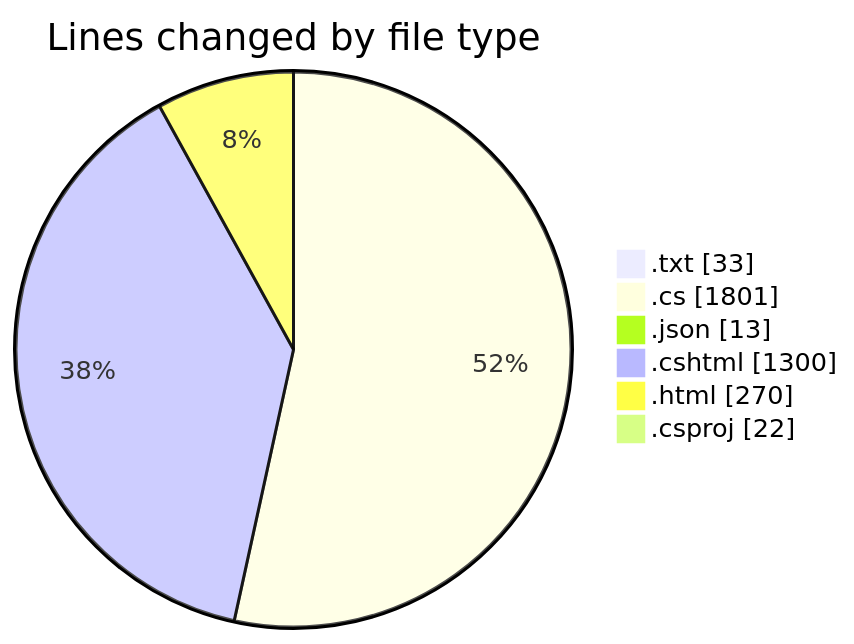
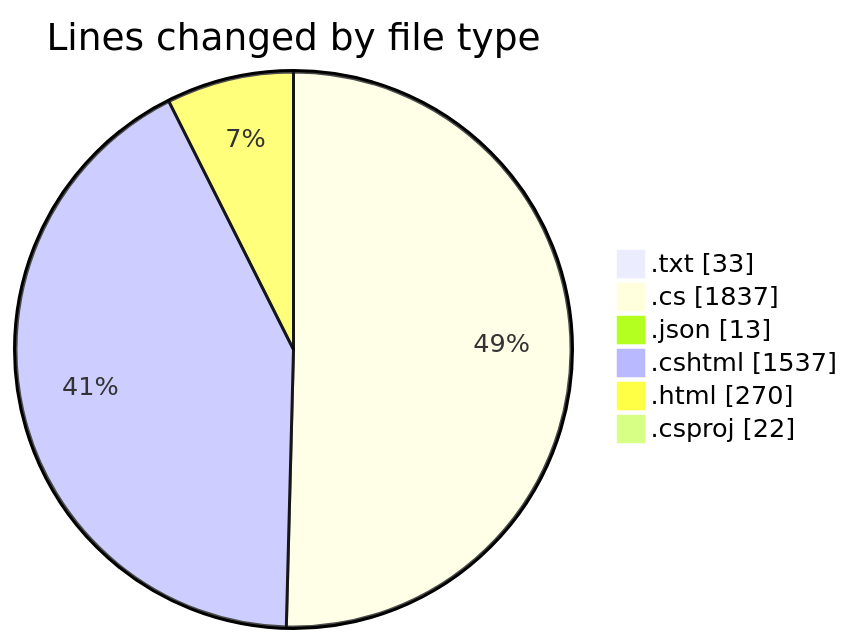
One commit to lephambinh05/code-tracking changed the first of 2 diagrams in 2025-07-27/quanlyrapchieuphim-1/README.md. Above: the diagram before and after it, drawn with Mermaid. The commit also changed other lines of this file and 1 other file, not shown here.

````diff
--- a/2025-07-27/quanlyrapchieuphim-1/README.md
+++ b/2025-07-27/quanlyrapchieuphim-1/README.md
@@ -38,10 +39,10 @@
 ```mermaid
 pie showData
 title Lines changed by file type
 ".txt" : 33
-".cs" : 1801
+".cs" : 1837
 ".json" : 13
-".cshtml" : 1300
+".cshtml" : 1537
 ".html" : 270
 ".csproj" : 22
 ```
````
